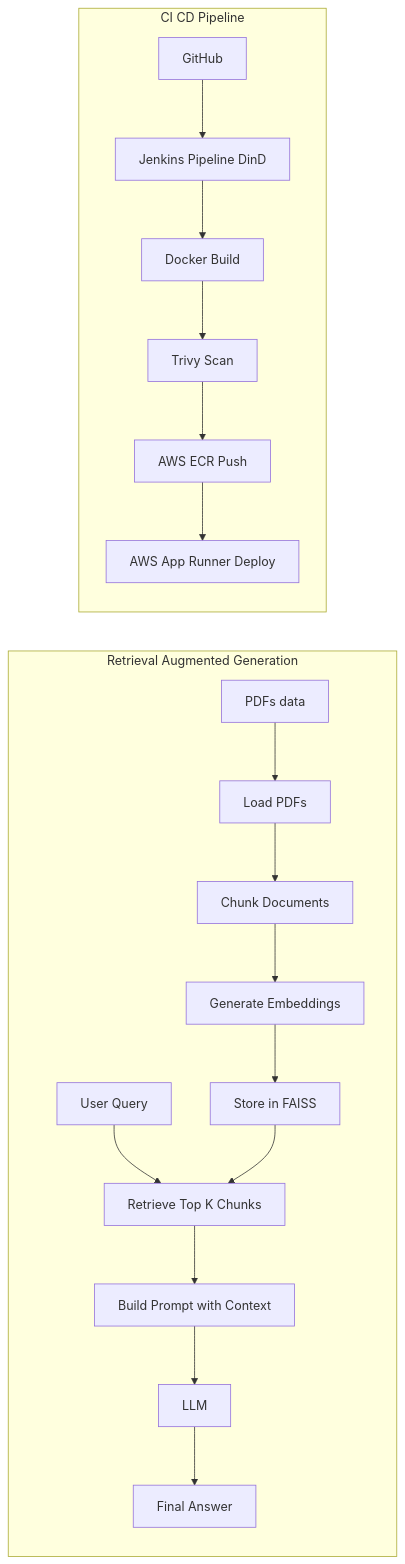
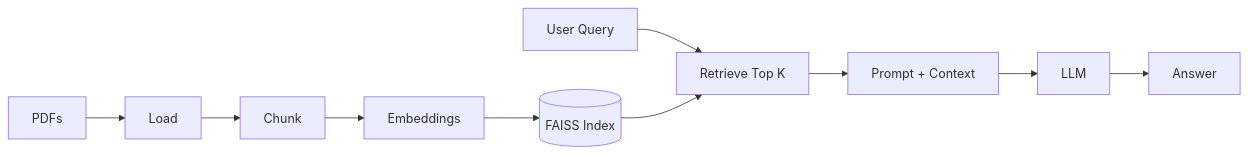
Before and after one commit to Aditya2600/Medical_RAG_Chatbot: the first of 2 diagrams in README.md, drawn with Mermaid. The commit also changed other lines of this file, not shown here.

Commit message:
final commit

````diff
--- a/README.md
+++ b/README.md
@@ -23,22 +15,14 @@
 ```mermaid
 flowchart LR
-  subgraph RAG[Retrieval Augmented Generation]
-    A[PDFs data] --> B[Load PDFs]
-    B --> C[Chunk Documents]
-    C --> D[Generate Embeddings]
-    D --> E[Store in FAISS]
-    Q[User Query] --> R[Retrieve Top K Chunks]
-    E --> R
-    R --> P[Build Prompt with Context]
-    P --> L[LLM]
-    L --> O[Final Answer]
-  end
+  A[PDFs] --> B[Load]
+  B --> C[Chunk]
+  C --> D[Embeddings]
+  D --> E[(FAISS Index)]
 
-  subgraph CICD[CI CD Pipeline]
-    G[GitHub] --> J[Jenkins Pipeline DinD]
-    J --> DB[Docker Build]
-    DB --> TV[Trivy Scan]
-    TV --> ECR[AWS ECR Push]
-    ECR --> AR[AWS App Runner Deploy]
-  end
+  Q[User Query] --> R[Retrieve Top K]
+  E --> R
+
+  R --> P[Prompt + Context]
+  P --> L[LLM]
+  L --> O[Answer]
 ```
````
